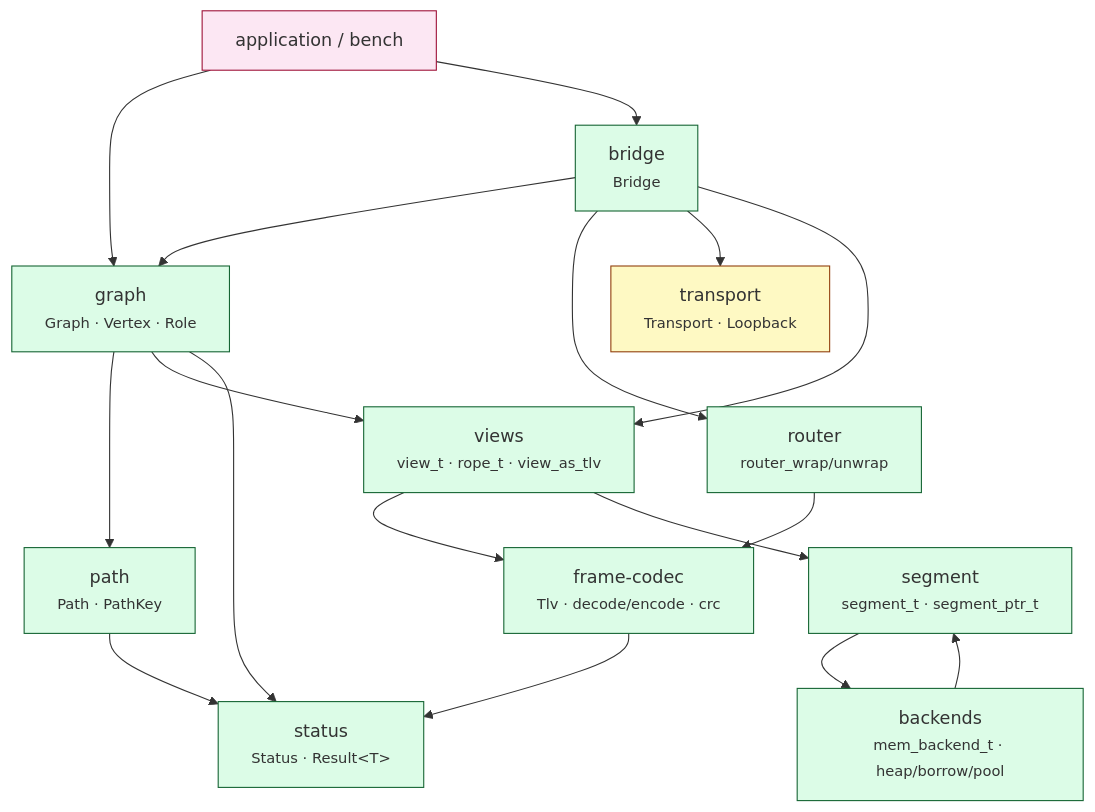
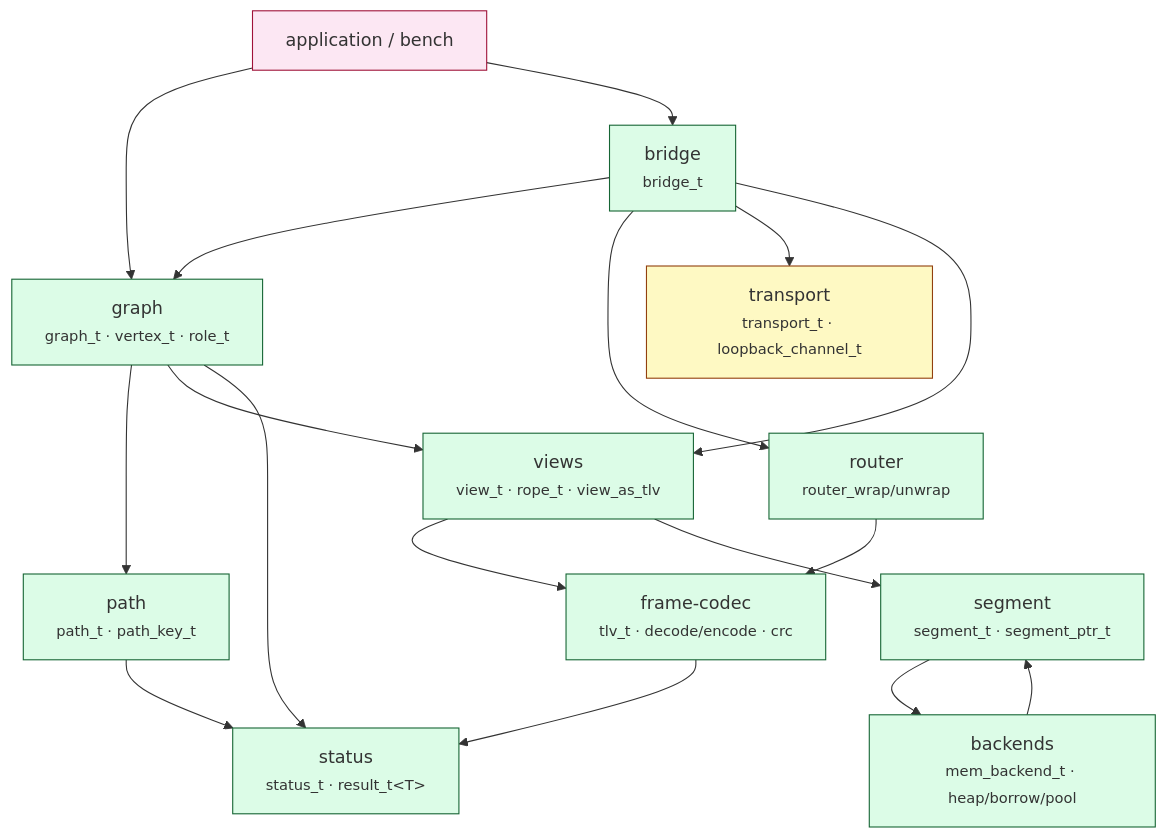
The first of 2 diagrams in docs/modules/interface-map.md (avatarsd-llc/libtracer), drawn with Mermaid before and after one commit. The commit also changed other lines of this file and 7 other files, not shown here.

````diff
--- a/docs/modules/interface-map.md
+++ b/docs/modules/interface-map.md
@@ -10,37 +10,37 @@
 ```{mermaid}
 flowchart TD
     APP["application / bench"]:::app
-    GRAPH["graph<br/><small>Graph · Vertex · Role</small>"]
-    PATH["path<br/><small>Path · PathKey</small>"]
-    BRIDGE["bridge<br/><small>Bridge</small>"]
+    GRAPH["graph<br/><small>graph_t · vertex_t · role_t</small>"]
+    PATH["path<br/><small>path_t · path_key_t</small>"]
+    BRIDGE["bridge<br/><small>bridge_t</small>"]
     ROUTER["router<br/><small>router_wrap/unwrap</small>"]
-    TRANSPORT["transport<br/><small>Transport · Loopback</small>"]
-    FRAME["frame-codec<br/><small>Tlv · decode/encode · crc</small>"]
+    TRANSPORT["transport<br/><small>transport_t · loopback_channel_t</small>"]
+    FRAME["frame-codec<br/><small>tlv_t · decode/encode · crc</small>"]
     VIEWS["views<br/><small>view_t · rope_t · view_as_tlv</small>"]
     SEG["segment<br/><small>segment_t · segment_ptr_t</small>"]
     BACK["backends<br/><small>mem_backend_t · heap/borrow/pool</small>"]
-    STATUS["status<br/><small>Status · Result&lt;T&gt;</small>"]
+    STATUS["status<br/><small>status_t · result_t&lt;T&gt;</small>"]
 
     APP --> GRAPH
     APP --> BRIDGE
     GRAPH --> PATH
     GRAPH --> VIEWS
     GRAPH --> STATUS
     BRIDGE --> GRAPH
     BRIDGE --> ROUTER
     BRIDGE --> TRANSPORT
     BRIDGE --> VIEWS
     ROUTER --> FRAME
     VIEWS --> FRAME
     VIEWS --> SEG
     FRAME --> STATUS
     SEG --> BACK
     BACK --> SEG
     PATH --> STATUS
 
     classDef app fill:#fce7f3,stroke:#9f1239;
     classDef done fill:#dcfce7,stroke:#166534;
     classDef next fill:#fef9c3,stroke:#92400e;
     class GRAPH,PATH,BRIDGE,ROUTER,FRAME,VIEWS,SEG,BACK,STATUS done;
     class TRANSPORT next;
 ```
````
